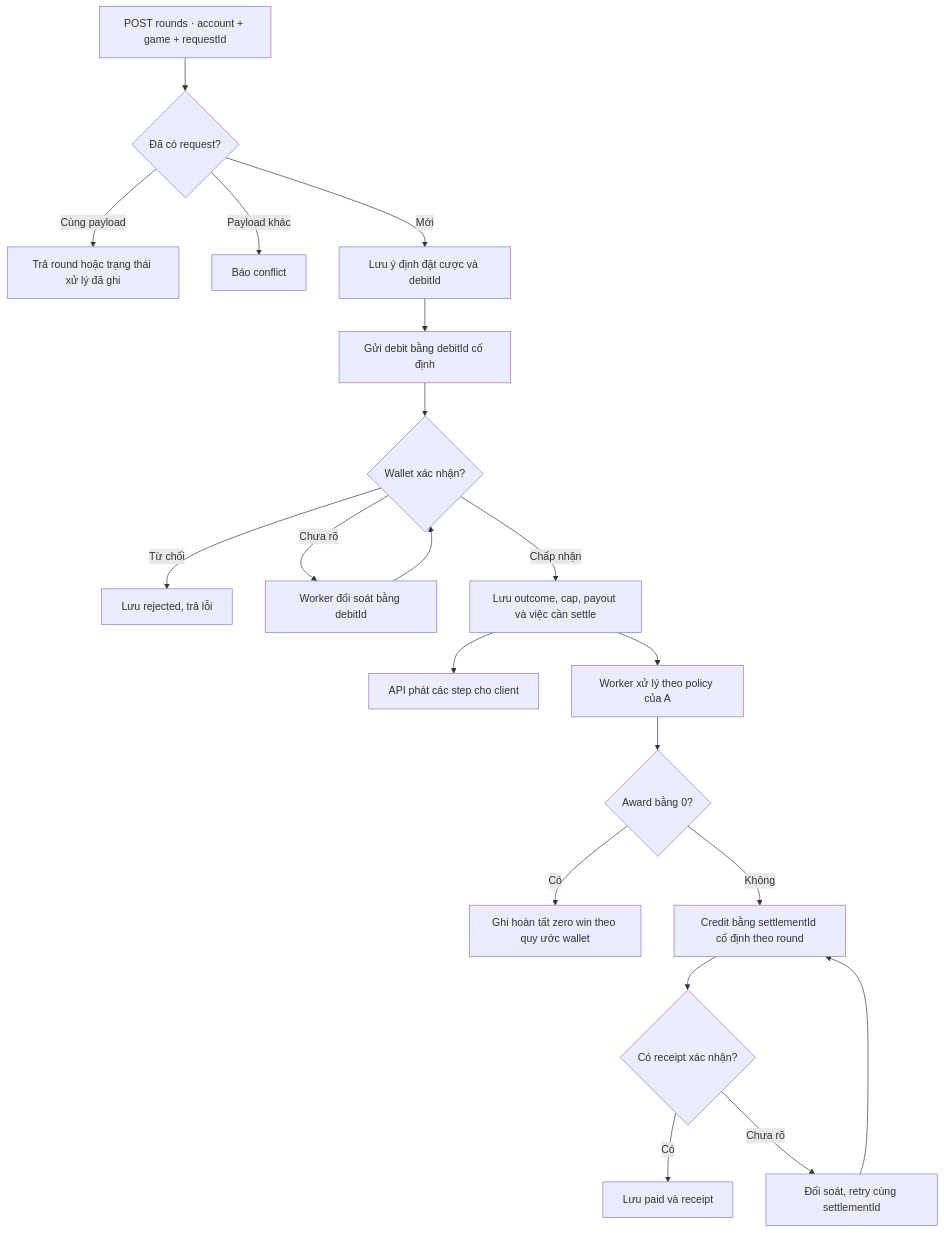
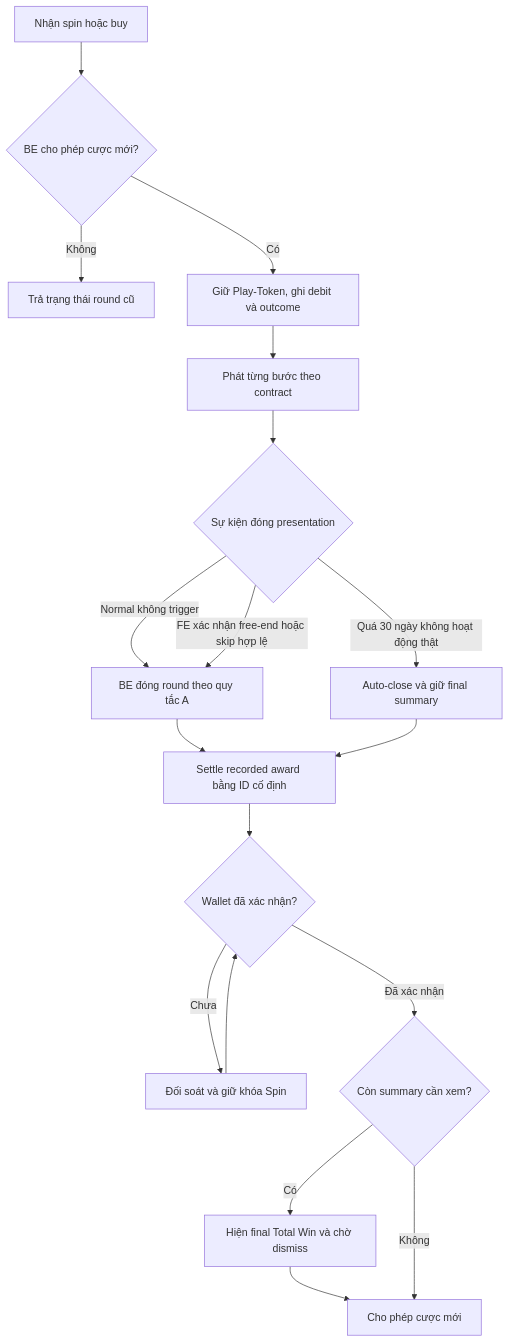
One commit to phuocthan/TarvernDropTPT changed the third of 3 diagrams in docs/game-and-api-flow-krw.md. Above: the diagram before and after it, drawn with Mermaid. The commit also changed other lines of this file and 20 other files, not shown here.

Commit message:
Add standalone game builds and revise the FE-BE API proposal

````diff
--- a/docs/game-and-api-flow-krw.md
+++ b/docs/game-and-api-flow-krw.md
@@ -228,22 +299,20 @@
 ```mermaid
 flowchart TD
-    S["POST rounds · account + game + requestId"] --> D{"Đã có request?"}
-    D -->|Cùng payload| RR["Trả round hoặc trạng thái xử lý đã ghi"]
-    D -->|Payload khác| ERR["Báo conflict"]
-    D -->|Mới| INT["Lưu ý định đặt cược và debitId"]
-    INT --> DEB["Gửi debit bằng debitId cố định"]
-    DEB --> DR{"Wallet xác nhận?"}
-    DR -->|Từ chối| BAD["Lưu rejected, trả lỗi"]
-    DR -->|Chưa rõ| REC["Worker đối soát bằng debitId"]
-    REC --> DR
-    DR -->|Chấp nhận| OUT["Lưu outcome, cap, payout và việc cần settle"]
-    OUT --> UI["API phát các step cho client"]
-    OUT --> JOB["Worker xử lý theo policy của A"]
-    JOB --> ZERO{"Award bằng 0?"}
-    ZERO -->|Có| Z["Ghi hoàn tất zero win theo quy ước wallet"]
-    ZERO -->|Không| W["Credit bằng settlementId cố định theo round"]
-    W --> WR{"Có receipt xác nhận?"}
-    WR -->|Có| PAID["Lưu paid và receipt"]
-    WR -->|Chưa rõ| RECON["Đối soát, retry cùng settlementId"]
-    RECON --> W
+    G["Nhận spin hoặc buy"] --> L{"BE cho phép cược mới?"}
+    L -->|Không| X["Trả trạng thái round cũ"]
+    L -->|Có| R["Giữ Play-Token, ghi debit và outcome"]
+    R --> V["Phát từng bước theo contract"]
+    V --> A{"Sự kiện đóng presentation"}
+    A -->|Normal không trigger| C["BE đóng round theo quy tắc A"]
+    A -->|FE xác nhận free-end hoặc skip hợp lệ| C
+    A -->|Quá 30 ngày không hoạt động thật| E["Auto-close và giữ final summary"]
+    C --> S["Settle recorded award bằng ID cố định"]
+    E --> S
+    S --> P{"Wallet đã xác nhận?"}
+    P -->|Chưa| Q["Đối soát và giữ khóa Spin"]
+    Q --> P
+    P -->|Đã xác nhận| F{"Còn summary cần xem?"}
+    F -->|Có| D["Hiện final Total Win và chờ dismiss"]
+    D --> N["Cho phép cược mới"]
+    F -->|Không| N
 ```
````
